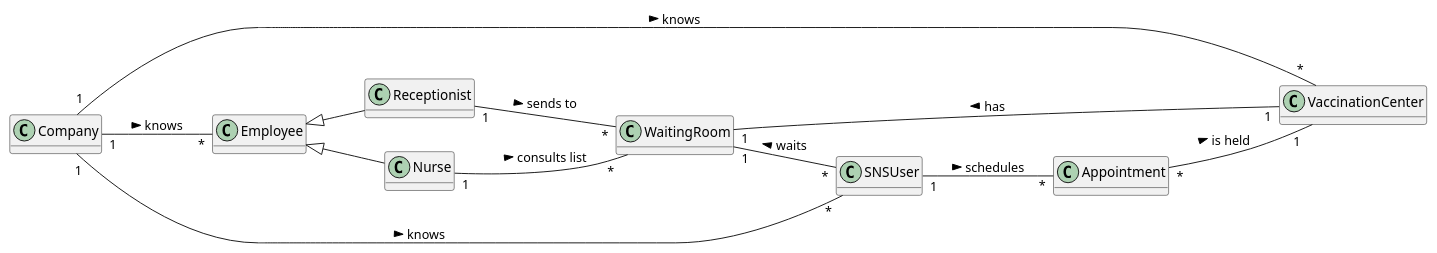
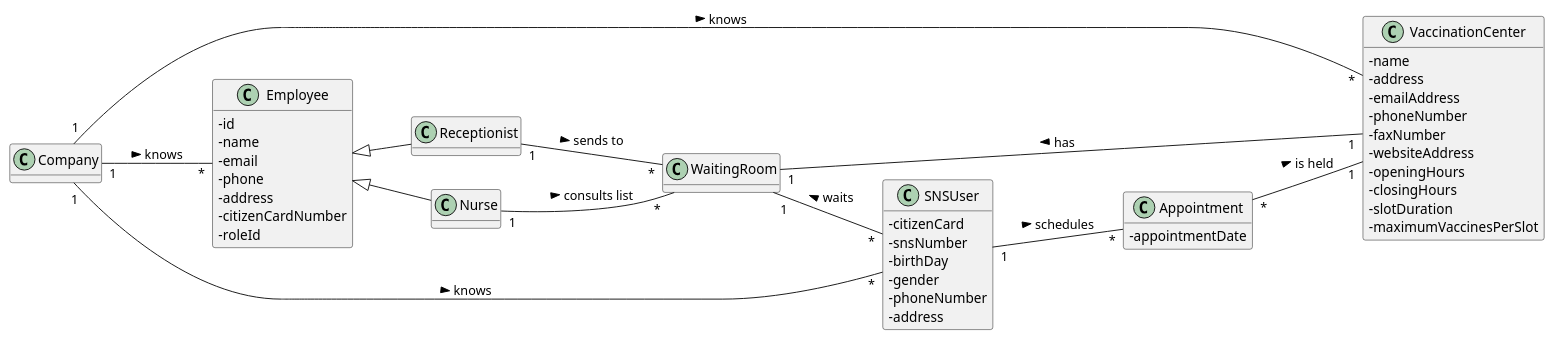
The diagram in docs/SprintC/US05/DM/US05_DM.puml (miseEnPlace-i/lapr2), drawn with PlantUML before and after one commit. The commit also changed 3 other files, not shown here.

```diff
--- a/docs/SprintC/US05/DM/US05_DM.puml
+++ b/docs/SprintC/US05/DM/US05_DM.puml
@@ -1,38 +1,67 @@
 @startuml
 hide methods
 left to right direction
 skinparam classAttributeIconSize 0
 
-class Employee {}
+class Employee {
+  -id
+  -name
+  -email
+  -phone
+  -address
+  -citizenCardNumber
+  -roleId
+}
 
 class Nurse {}
 
 class Receptionist {}
 
-class VaccinationCenter {}
+class VaccinationCenter {
+  - name
+  - address
+  - emailAddress
+  - phoneNumber
+  - faxNumber
+  - websiteAddress
+  - openingHours
+  - closingHours
+  - slotDuration
+  - maximumVaccinesPerSlot
+}
 
 class WaitingRoom {}
 
-class SNSUser {}
+class SNSUser {
+  - citizenCard
+  - snsNumber
+  - birthDay
+  - gender
+  - phoneNumber
+  - address
+}
 
 class Company {}
 
-class Appointment {}
+class Appointment {
+  -appointmentDate
+
+}
 
 Employee <|-- Nurse
 Employee <|-- Receptionist
 
 VaccinationCenter "1" -- "1" WaitingRoom : has >
 WaitingRoom "1" -- "*" SNSUser : waits <
 
 Nurse "1" -- "*" WaitingRoom : consults list >
 Receptionist "1" -- "*" WaitingRoom : sends to >
 
 Company "1" -- "*" VaccinationCenter : knows > 
 Company "1" -- "*" SNSUser : knows > 
 Company "1" -- "*" Employee : knows > 
 
 SNSUser "1" -- "*" Appointment : schedules >
 Appointment "*" -- "1" VaccinationCenter : is held >
 
 @enduml
```
